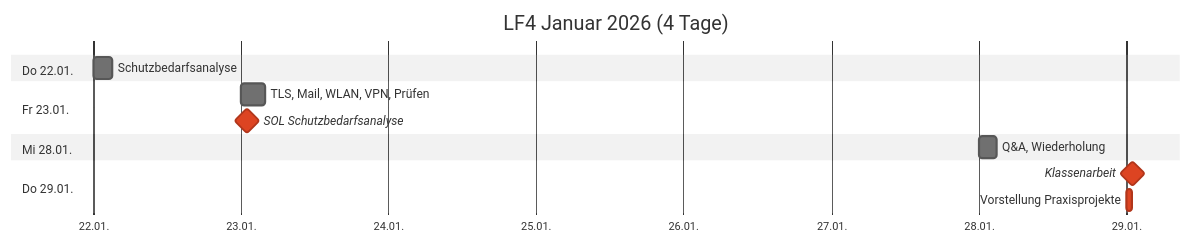
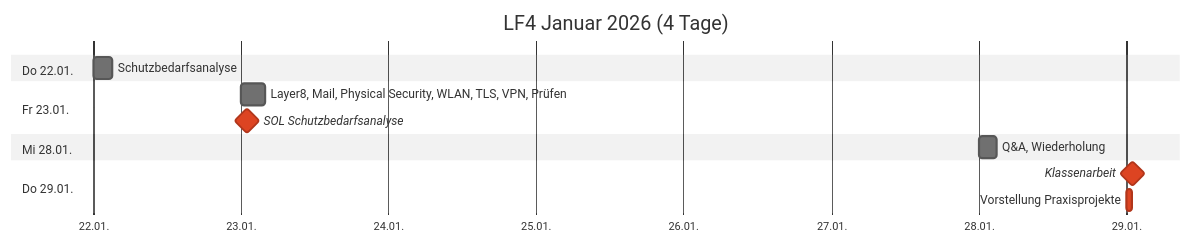
One commit to johannesloetzsch/LF4 changed the third of 4 diagrams in src/plan.md. Above: the diagram before and after it, drawn with Mermaid (neutral theme). The commit also changed other lines of this file and 13 other files, not shown here.

````diff
--- a/src/plan.md
+++ b/src/plan.md
@@ -37,16 +37,16 @@
 ```mermaid
 gantt
  title LF4 Januar 2026 (4 Tage)
  dateFormat YYYY-MM-DD
  axisFormat %d.%m.
  section Do 22.01.
   Schutzbedarfsanalyse            :2025-01-22, 3h
  section Fr 23.01.
-  TLS, Mail, WLAN, VPN, Prüfen    :2025-01-23, 4h
+  Layer8, Mail, Physical Security, WLAN, TLS, VPN, Prüfen    :2025-01-23, 4h
   SOL Schutzbedarfsanalyse        :crit, milestone, 2025-01-23, 2h
  section Mi 28.01.
   Q&A, Wiederholung               :2025-01-28, 3h
  section Do 29.01.
   Klassenarbeit                   :crit, milestone, 2025-01-29, 2h
   Vorstellung Praxisprojekte      :crit, 2025-01-29, 1h
 ```
````
